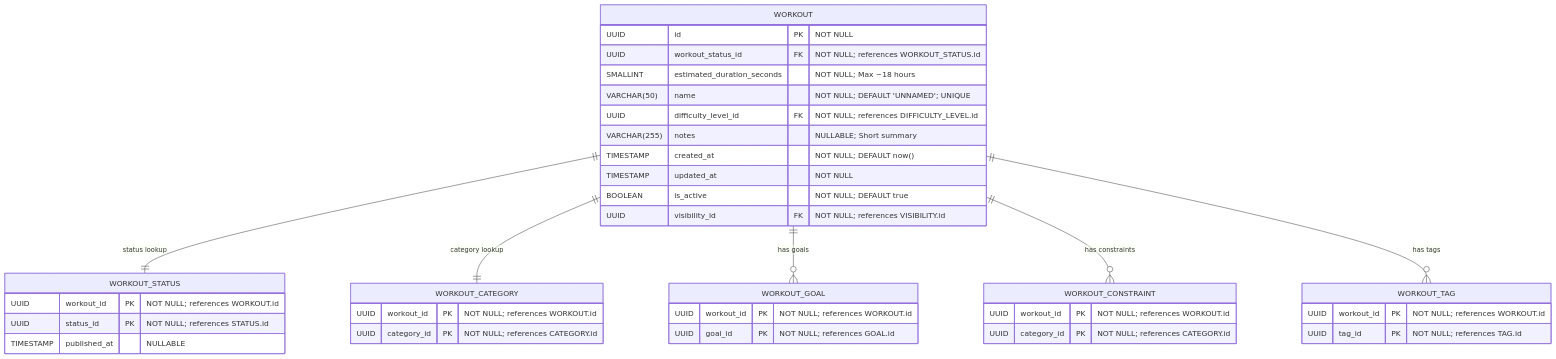
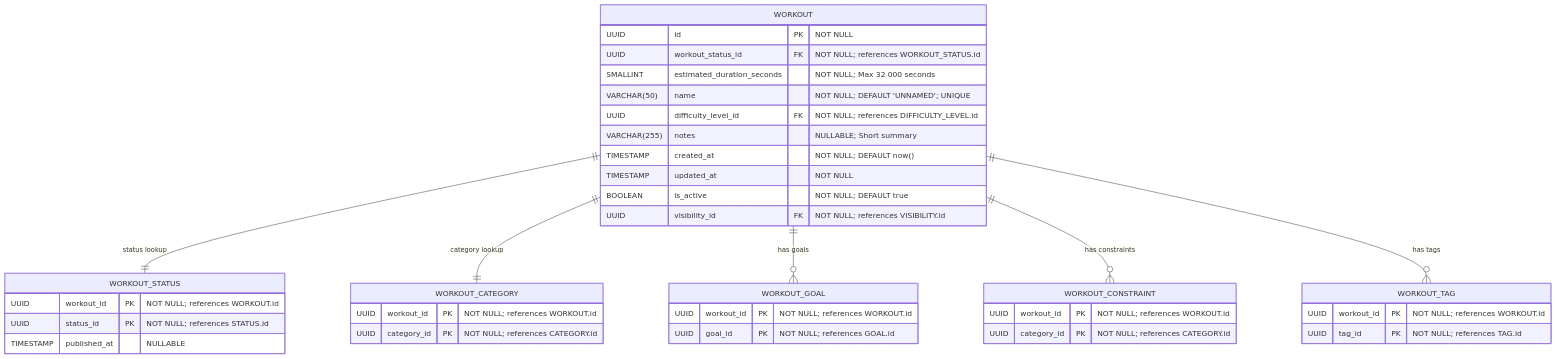
The diagram in docs/workout/core_workout_definition_classification.md (Dratharias/Motriforge), drawn with Mermaid before and after one commit. The commit also changed 2 other files, not shown here.

Commit message:
fixed some inconsistencies

````diff
--- a/docs/workout/core_workout_definition_classification.md
+++ b/docs/workout/core_workout_definition_classification.md
@@ -8,51 +8,51 @@
 ```mermaid
 erDiagram
   %%=== Layer 1: Core Workout & Classification ===%%
 
   WORKOUT {
     UUID id PK                         "NOT NULL"
     UUID workout_status_id FK          "NOT NULL; references WORKOUT_STATUS.id"
-    SMALLINT estimated_duration_seconds "NOT NULL; Max ~18 hours"
+    SMALLINT estimated_duration_seconds "NOT NULL; Max 32 000 seconds"
     VARCHAR(50) name                   "NOT NULL; DEFAULT 'UNNAMED'; UNIQUE"
     UUID difficulty_level_id FK        "NOT NULL; references DIFFICULTY_LEVEL.id"
     VARCHAR(255) notes                 "NULLABLE; Short summary"
     TIMESTAMP created_at               "NOT NULL; DEFAULT now()"
     TIMESTAMP updated_at               "NOT NULL"
     BOOLEAN is_active                  "NOT NULL; DEFAULT true"
     UUID visibility_id FK              "NOT NULL; references VISIBILITY.id"
   }
 
   %%— Classification & Lookup Tables —
   WORKOUT_STATUS {
     UUID workout_id PK "NOT NULL; references WORKOUT.id"
     UUID status_id PK  "NOT NULL; references STATUS.id"
     TIMESTAMP published_at "NULLABLE"
   }
 
   WORKOUT_CATEGORY {
     UUID workout_id PK "NOT NULL; references WORKOUT.id"
     UUID category_id PK "NOT NULL; references CATEGORY.id"
   }
 
   WORKOUT_GOAL {
     UUID workout_id PK "NOT NULL; references WORKOUT.id"
     UUID goal_id PK    "NOT NULL; references GOAL.id"
   }
 
   WORKOUT_CONSTRAINT {
     UUID workout_id PK "NOT NULL; references WORKOUT.id"
     UUID category_id PK "NOT NULL; references CATEGORY.id"
   }
 
   WORKOUT_TAG {
     UUID workout_id PK "NOT NULL; references WORKOUT.id"
     UUID tag_id PK     "NOT NULL; references TAG.id"
   }
 
   %%— Relationships in Layer 1 —
   WORKOUT ||--|| WORKOUT_STATUS     : "status lookup"
   WORKOUT ||--|| WORKOUT_CATEGORY   : "category lookup"
   WORKOUT ||--o{ WORKOUT_GOAL       : "has goals"
   WORKOUT ||--o{ WORKOUT_CONSTRAINT : "has constraints"
   WORKOUT ||--o{ WORKOUT_TAG        : "has tags"
 ```
````
